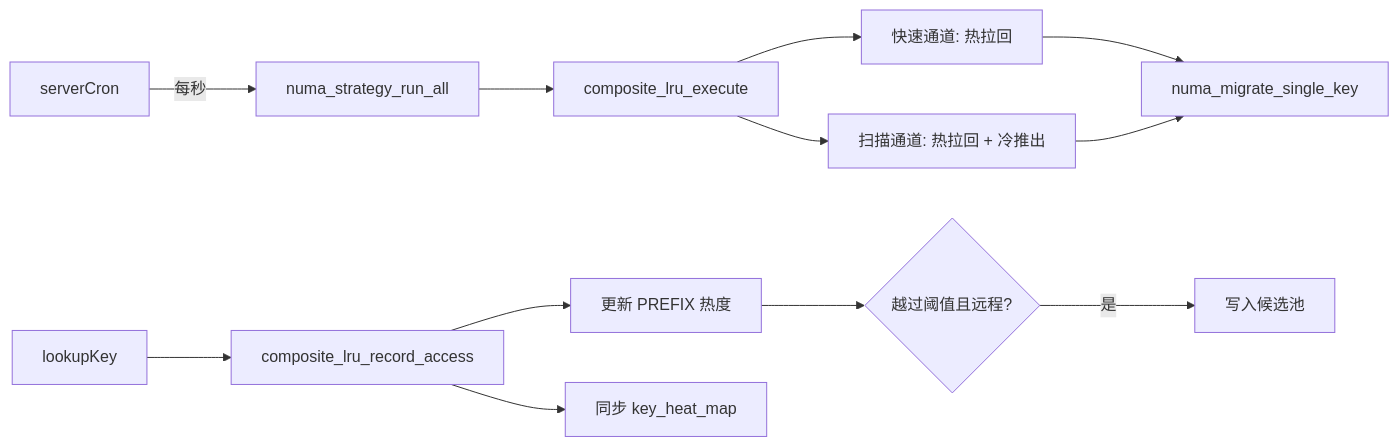
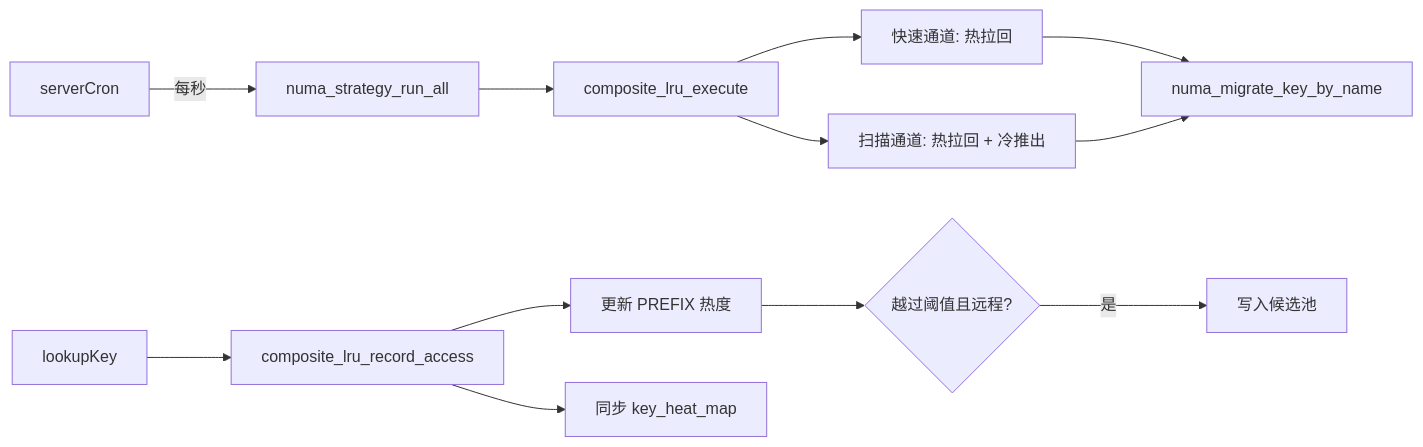
One commit to xDJTomato/Redis-NUMA changed the third of 3 diagrams in docs/new/06-numa-composite-lru.md. Above: the diagram before and after it, drawn with Mermaid. The commit also changed other lines of this file and 21 other files, not shown here.

````diff
--- a/docs/new/06-numa-composite-lru.md
+++ b/docs/new/06-numa-composite-lru.md
@@ -364,16 +382,16 @@
 ```mermaid
 graph LR
     A[serverCron] -->|每秒| B[numa_strategy_run_all]
     B --> C[composite_lru_execute]
 
     D[lookupKey] --> E[composite_lru_record_access]
     E --> F[更新 PREFIX 热度]
     E --> G[同步 key_heat_map]
     F --> H{越过阈值且远程?}
     H -->|是| I[写入候选池]
 
     C --> J[快速通道: 热拉回]
     C --> K[扫描通道: 热拉回 + 冷推出]
-    J --> L[numa_migrate_single_key]
+    J --> L[numa_migrate_key_by_name]
     K --> L
 ```
````
